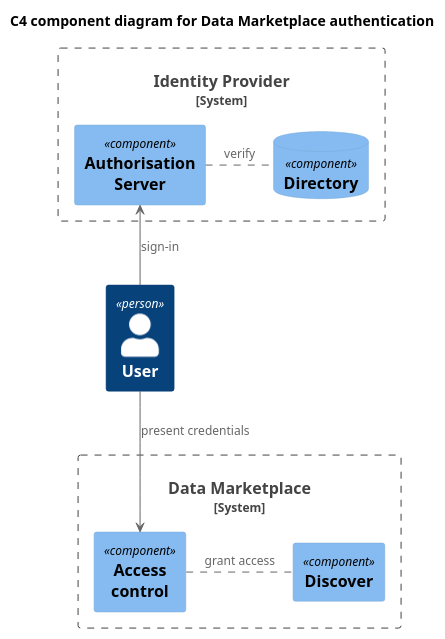
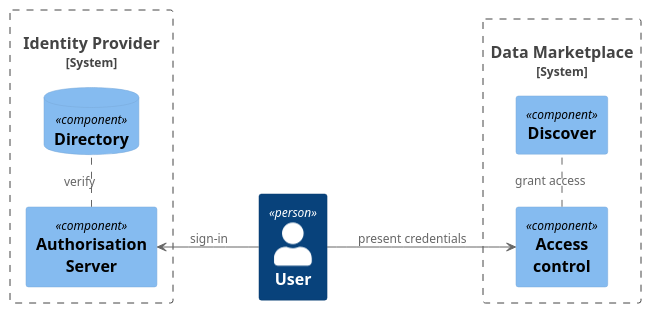
One commit to co-cddo/data-architecture changed the diagram in data-marketplace/dm-c4-component-auth.puml. Above: the diagram before and after it, drawn with PlantUML. The commit also changed 4 other files, not shown here.

Commit message:
Update file(s) "/." from "co-cddo/data-architecture-r"

```diff
--- a/data-marketplace/dm-c4-component-auth.puml
+++ b/data-marketplace/dm-c4-component-auth.puml
@@ -1,24 +1,24 @@
 @startuml dm-c4-component-auth 
 !include <C4/C4_Component>
-
-title C4 component diagram for Data Marketplace authentication
+left to right direction
+'title C4 component diagram for Data Marketplace authentication
   
 Person(user, "User", "")
 
 System_Boundary(idp, "Identity Provider") {
   ComponentDb(ldap,"Directory","") 
   Component(auth, "Authorisation\nServer")
 }
 
 System_Boundary(dm, "Data Marketplace") {
   Component(discover, "Discover")
   Component(ac, "Access\ncontrol")
 }
 
 user -up-> auth : sign-in
 auth . ldap : verify
 
 user --> ac : present credentials
 ac . discover : grant access
 
 @enduml
```
